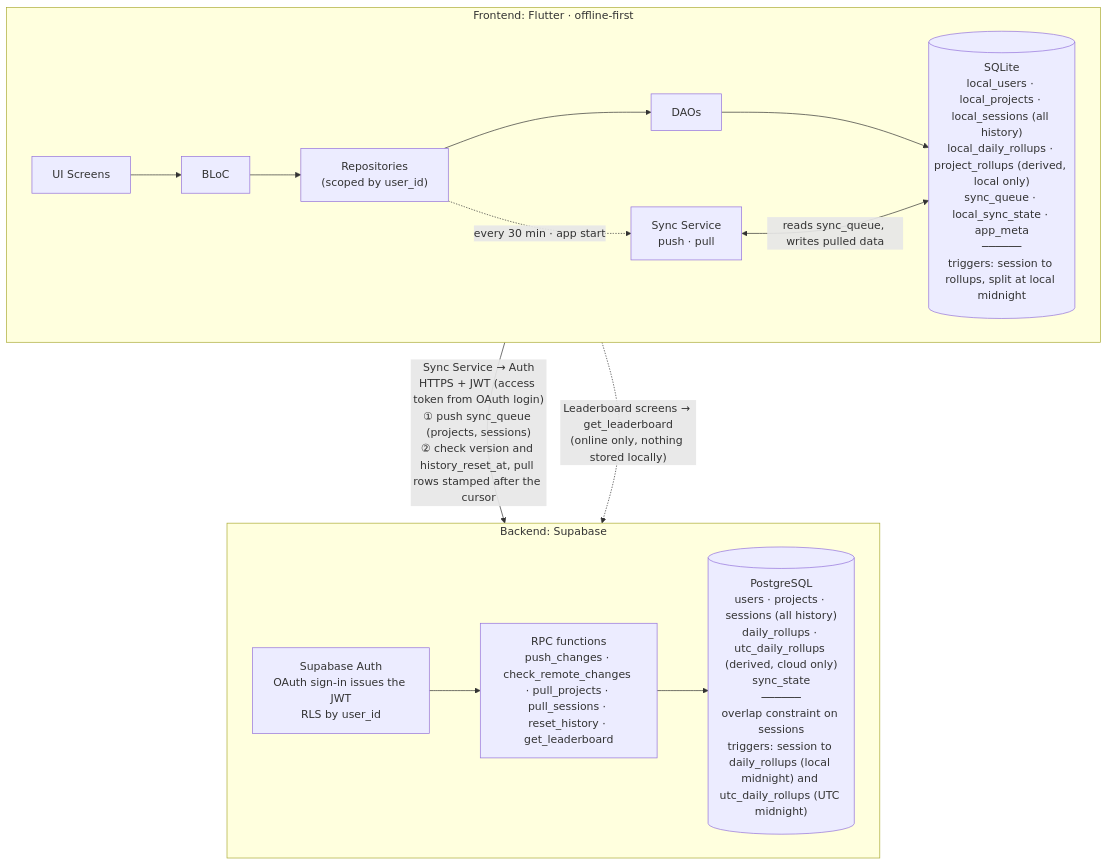
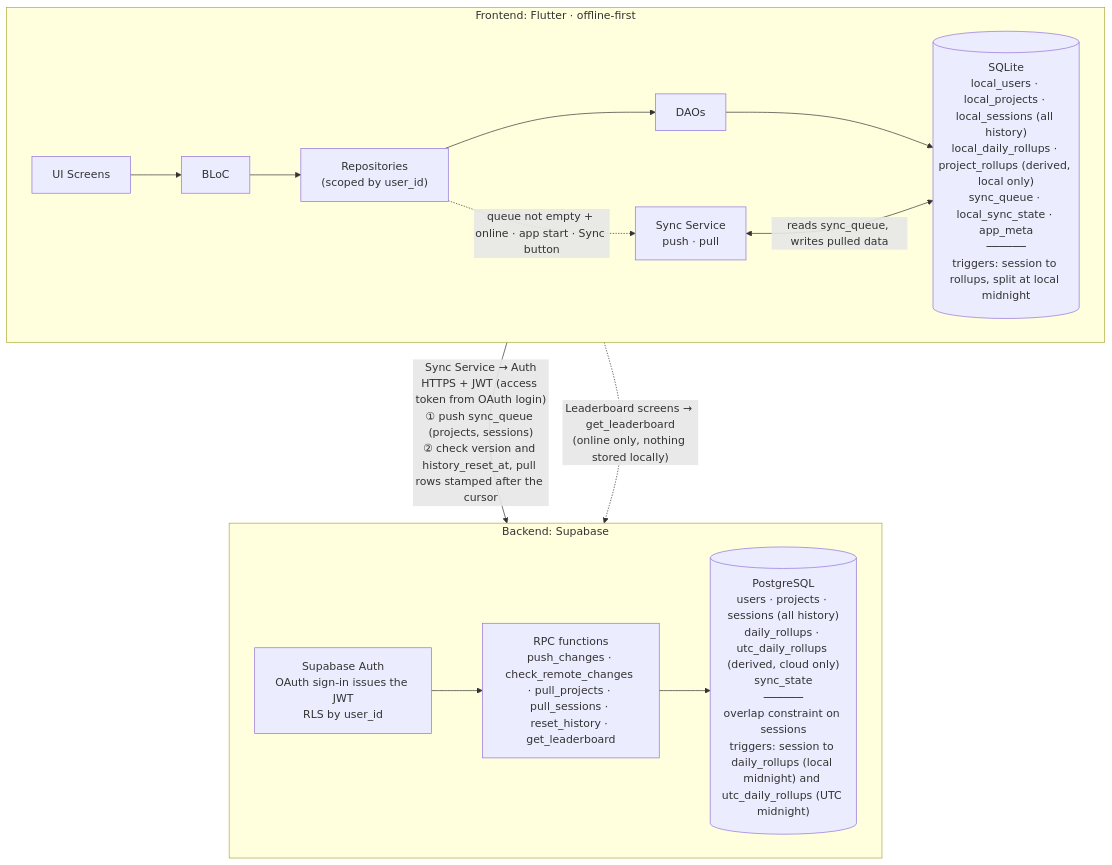
One commit to sardaar-niamotullah/tarkeez changed the first of 3 diagrams in README.md. Above: the diagram before and after it, drawn with Mermaid. The commit also changed other lines of this file, not shown here.

Commit message:
docs: make sync event-driven instead of a 30-minute timer

````diff
--- a/README.md
+++ b/README.md
@@ -240,17 +260,17 @@
 ```mermaid
 flowchart TB
   subgraph APP["Frontend: Flutter · offline-first"]
     direction LR
     UI["UI Screens"] --> BLOC["BLoC"] --> REPO["Repositories<br/>(scoped by user_id)"] --> DAO["DAOs"] --> LDB[("SQLite<br/>local_users · local_projects · local_sessions (all history)<br/>local_daily_rollups · project_rollups (derived, local only)<br/>sync_queue · local_sync_state · app_meta<br/>──────<br/>triggers: session to rollups, split at local midnight")]
-    REPO -.->|"every 30 min · app start"| SYNC["Sync Service<br/>push · pull"]
+    REPO -.->|"queue not empty + online · app start · Sync button"| SYNC["Sync Service<br/>push · pull"]
     SYNC <-->|"reads sync_queue, writes pulled data"| LDB
   end
 
   subgraph CLOUD["Backend: Supabase"]
     direction LR
     AUTH["Supabase Auth<br/>OAuth sign-in issues the JWT<br/>RLS by user_id"] --> RPC["RPC functions<br/>push_changes · check_remote_changes · pull_projects · pull_sessions · reset_history · get_leaderboard"] --> CDB[("PostgreSQL<br/>users · projects · sessions (all history)<br/>daily_rollups · utc_daily_rollups (derived, cloud only)<br/>sync_state<br/>──────<br/>overlap constraint on sessions<br/>triggers: session to daily_rollups (local midnight) and utc_daily_rollups (UTC midnight)")]
   end
 
   APP -->|"Sync Service → Auth<br/>HTTPS + JWT (access token from OAuth login)<br/>① push sync_queue (projects, sessions)<br/>② check version and history_reset_at, pull rows stamped after the cursor"| CLOUD
   APP -.->|"Leaderboard screens → get_leaderboard<br/>(online only, nothing stored locally)"| CLOUD
 ```
````
